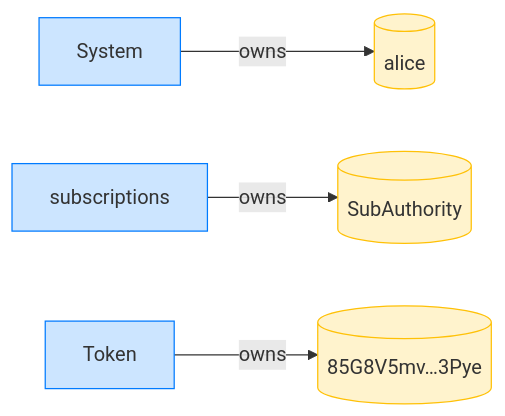
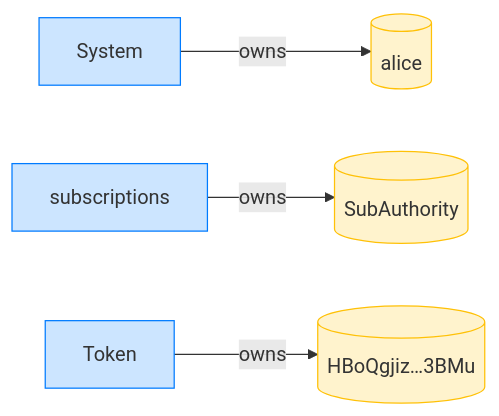
One commit to cds-rs/subscriptions changed the fourth of 4 diagrams in dsl_tests/sentinel-start-requires-an-expiry.md. Above: the diagram before and after it, drawn with Mermaid. The commit also changed other lines of this file and 224 other files, not shown here.

````diff
--- a/dsl_tests/sentinel-start-requires-an-expiry.md
+++ b/dsl_tests/sentinel-start-requires-an-expiry.md
@@ -73,14 +78,14 @@
 ```mermaid
 flowchart LR
     classDef owner fill:#cce5ff,stroke:#007bff;
     classDef account fill:#fff3cd,stroke:#ffc107;
     System[System]:::owner
     alice[(alice)]:::account
     subscriptions[subscriptions]:::owner
     SubAuthority[(SubAuthority)]:::account
     Token[Token]:::owner
-    85G8V5mv_3Pye[("85G8V5mv…3Pye")]:::account
+    HBoQgjiz_3BMu[("HBoQgjiz…3BMu")]:::account
     System -->|owns| alice
     subscriptions -->|owns| SubAuthority
-    Token -->|owns| 85G8V5mv_3Pye
+    Token -->|owns| HBoQgjiz_3BMu
 ```
````
